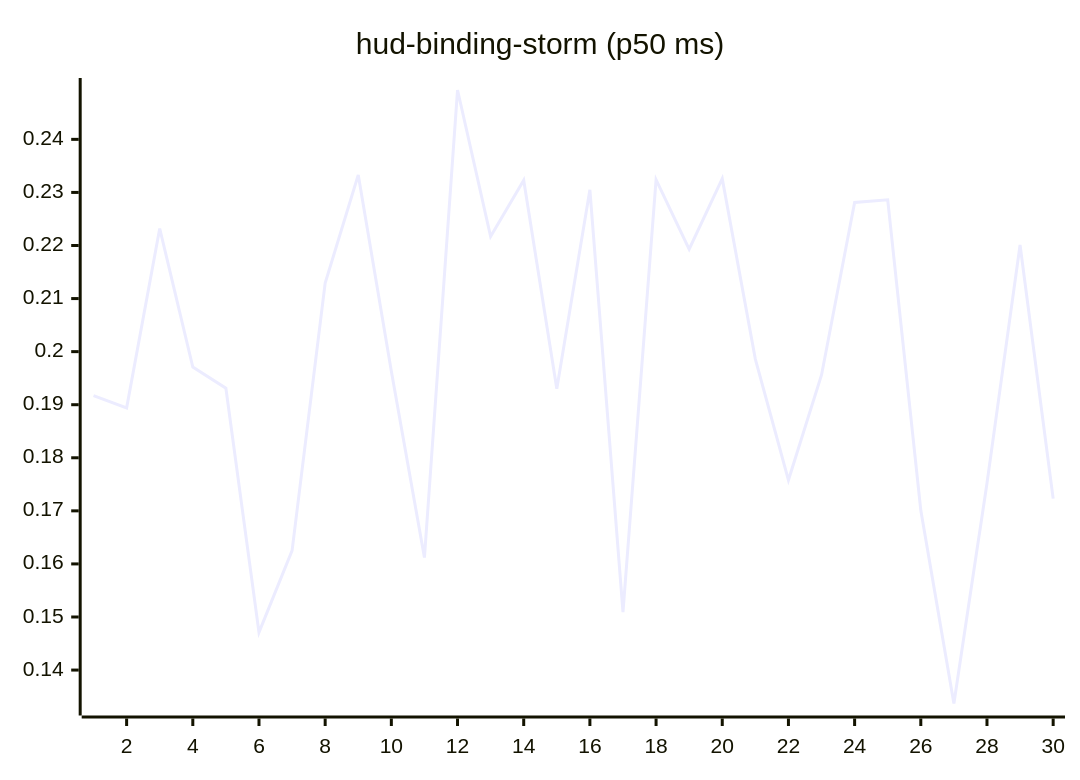
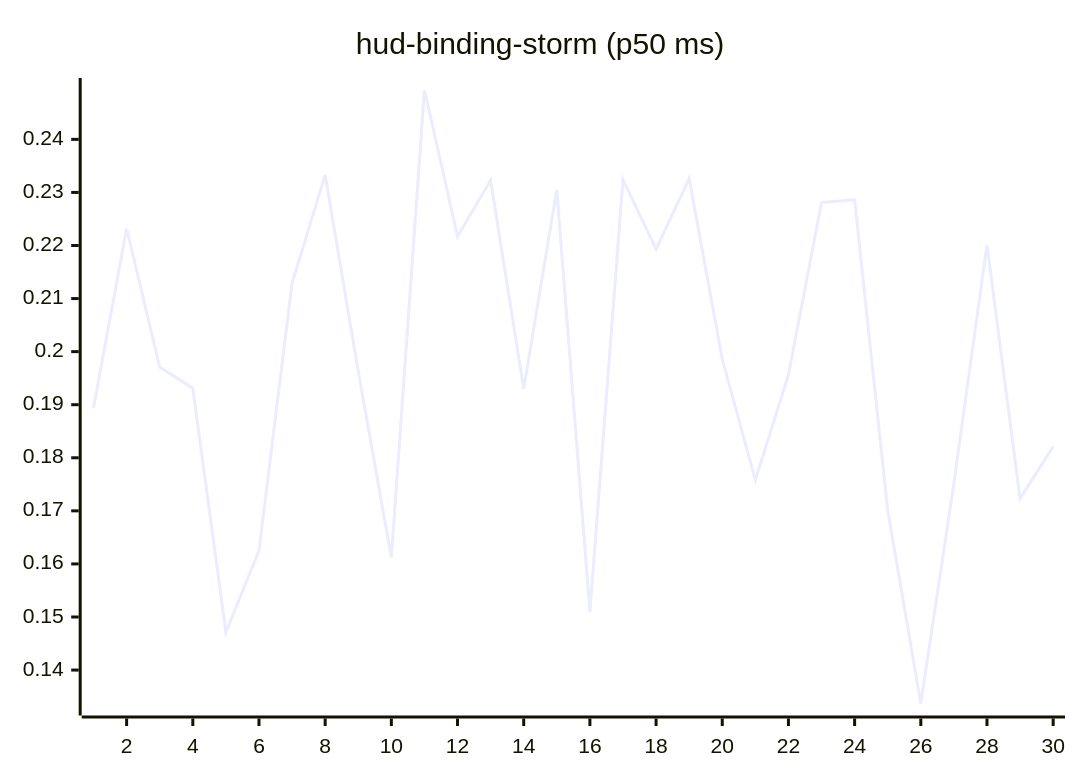
Before and after one commit to josha/Facet: the tenth of 27 diagrams in README.md, drawn with Mermaid. The commit also changed other lines of this file and 2 other files, not shown here.

````diff
--- a/README.md
+++ b/README.md
@@ -126,6 +126,6 @@
 ```mermaid
 xychart-beta
     title "hud-binding-storm (p50 ms)"
     x-axis 1 --> 30
-    line [0.1917, 0.1894, 0.2232, 0.1971, 0.1931, 0.1471, 0.1625, 0.2129, 0.2333, 0.1963, 0.1612, 0.2493, 0.2217, 0.2323, 0.1930, 0.2305, 0.1509, 0.2324, 0.2193, 0.2326, 0.1986, 0.1758, 0.1956, 0.2281, 0.2286, 0.1701, 0.1337, 0.1752, 0.2201, 0.1723]
+    line [0.1894, 0.2232, 0.1971, 0.1931, 0.1471, 0.1625, 0.2129, 0.2333, 0.1963, 0.1612, 0.2493, 0.2217, 0.2323, 0.1930, 0.2305, 0.1509, 0.2324, 0.2193, 0.2326, 0.1986, 0.1758, 0.1956, 0.2281, 0.2286, 0.1701, 0.1337, 0.1752, 0.2201, 0.1723, 0.1821]
 ```
````
